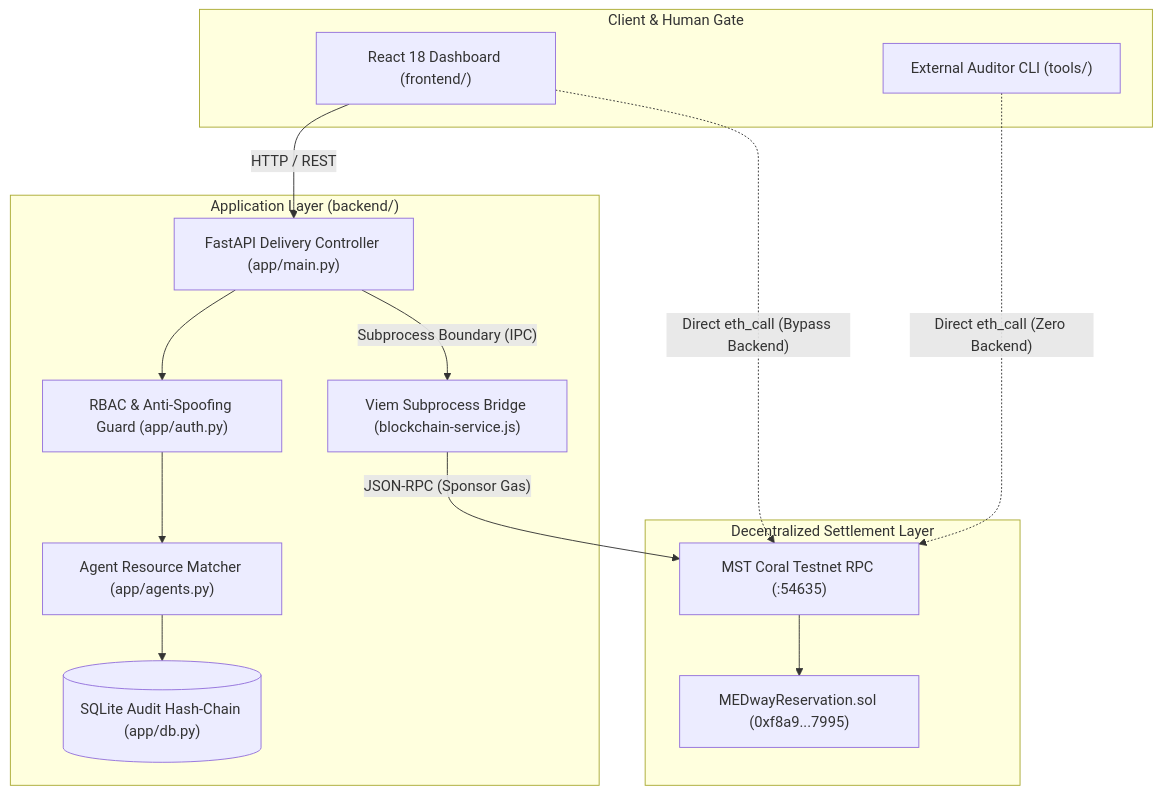
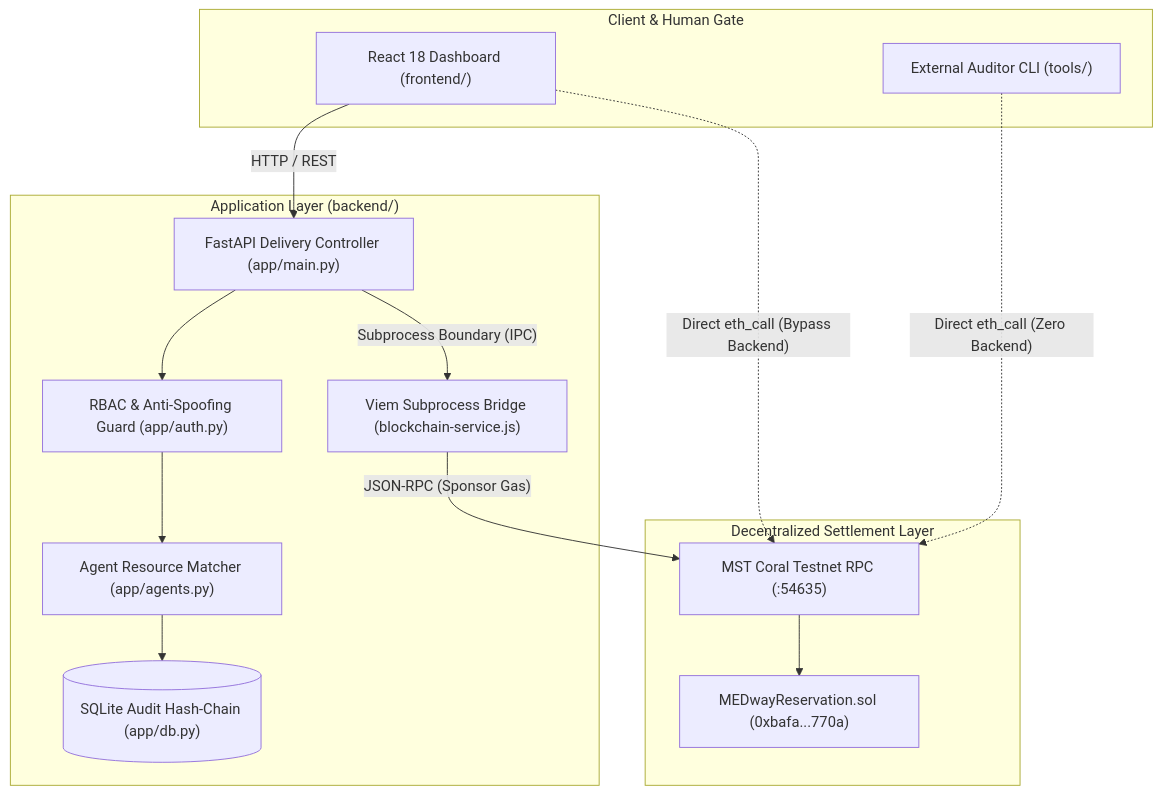
One commit to omkar0075/blockchain changed the fourth of 4 diagrams in README.md. Above: the diagram before and after it, drawn with Mermaid. The commit also changed other lines of this file and 6 other files, not shown here.

First line of the commit message:
feat(deploy): deploy upgraded MEDway contract to Coral Testnet and verify live

````diff
--- a/README.md
+++ b/README.md
@@ -301,32 +301,32 @@
 ```mermaid
 flowchart TD
     subgraph Client ["Client & Human Gate"]
         UI["React 18 Dashboard (frontend/)"]
         Auditor["External Auditor CLI (tools/)"]
     end
 
     subgraph Backend ["Application Layer (backend/)"]
         API["FastAPI Delivery Controller (app/main.py)"]
         Auth["RBAC & Anti-Spoofing Guard (app/auth.py)"]
         Domain["Agent Resource Matcher (app/agents.py)"]
         DB[("SQLite Audit Hash-Chain (app/db.py)")]
         Bridge["Viem Subprocess Bridge (blockchain-service.js)"]
     end
 
     subgraph Blockchain ["Decentralized Settlement Layer"]
         CoralRPC["MST Coral Testnet RPC (:54635)"]
-        Contract["MEDwayReservation.sol (0xf8a9...7995)"]
+        Contract["MEDwayReservation.sol (0xbafa...770a)"]
     end
 
     UI -->|"HTTP / REST"| API
     API --> Auth
     Auth --> Domain
     Domain --> DB
     API -->|"Subprocess Boundary (IPC)"| Bridge
     Bridge -->|"JSON-RPC (Sponsor Gas)"| CoralRPC
     CoralRPC --> Contract
 
     %% Trustless Verification Path bypassing backend
     UI -.->|"Direct eth_call (Bypass Backend)"| CoralRPC
     Auditor -.->|"Direct eth_call (Zero Backend)"| CoralRPC
 ```
````
